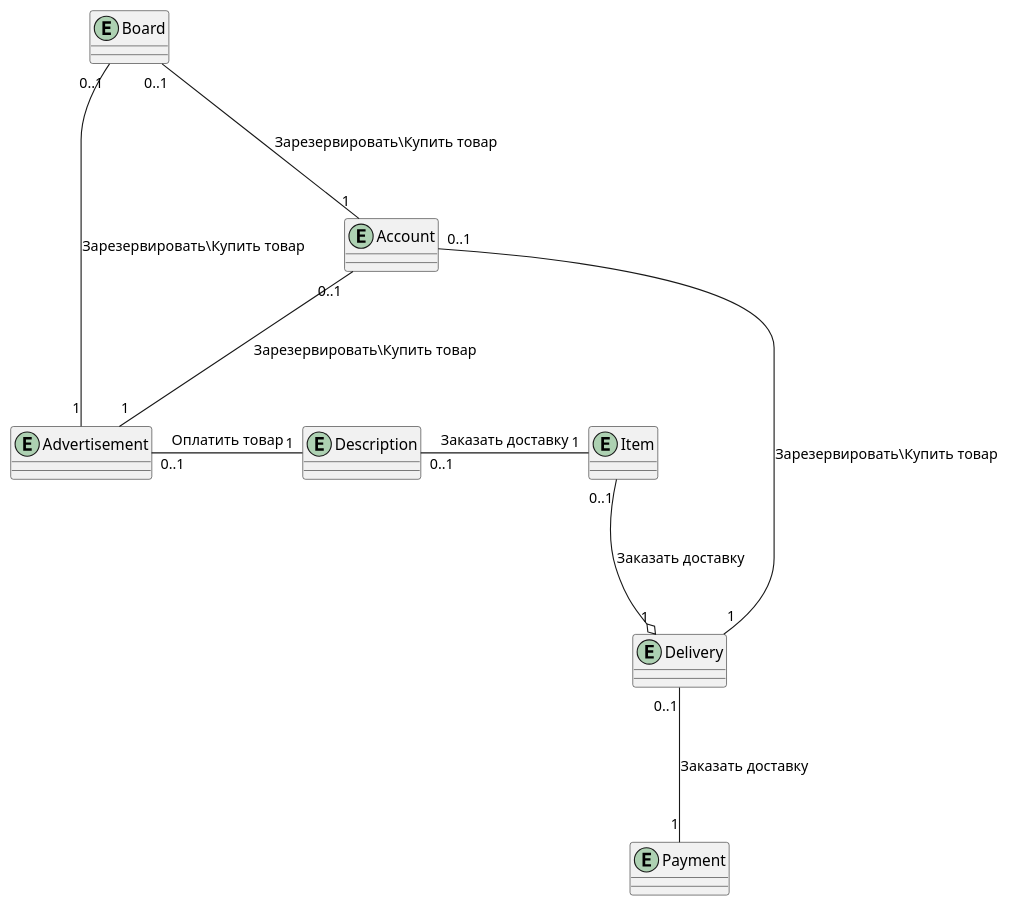
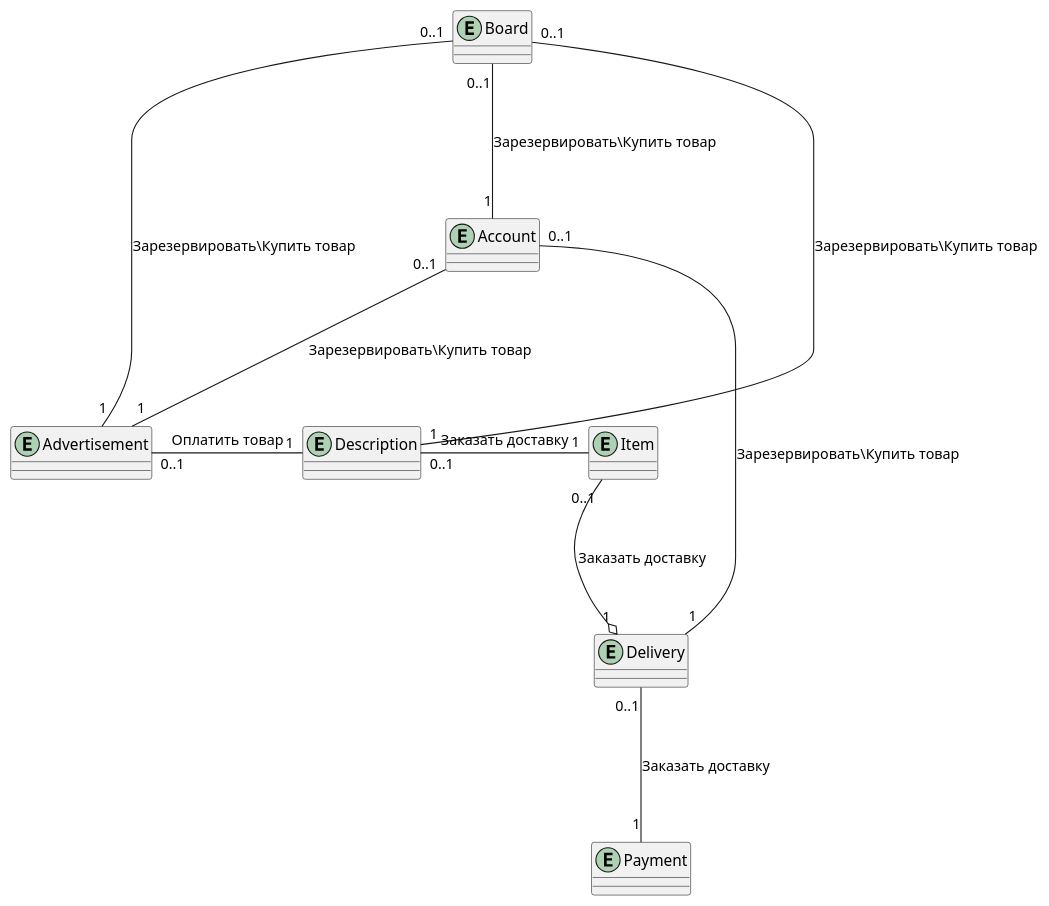
The diagram in Модель предметной области.md (penamarth/bsbo-01-22_team1_var13), drawn with PlantUML before and after one commit.

Commit message:
Update Модель предметной области.md

````diff
--- a/Модель предметной области.md
+++ b/Модель предметной области.md
@@ -1,57 +1,58 @@
 ```plantuml
 @startuml
 
 entity Board
 {
 
 }
 
 entity Account
 {
   
 }
 
 entity Advertisement
 {
     
     
 }
 
 entity Payment
 {
     
 }
 
 entity Delivery
 {
     
 }
 
 entity Item
 {
     
 }
 
 entity Description
 {
     
 }
 
 
 Board "0..1" -down-- "1" Account : Зарезервировать\Купить товар
+Board "0..1" -down-- "1" Description : Зарезервировать\Купить товар
 Board "0..1" -down-- "1" Advertisement : Зарезервировать\Купить товар
 Account "0..1" -down-- "1" Advertisement : Зарезервировать\Купить товар
 Account "0..1" -down-- "1" Delivery : Зарезервировать\Купить товар
 
 Advertisement "0..1" -right-- "1" Description : Оплатить товар
 Description "0..1" -right-- "1" Item : Заказать доставку
 
 Item "0..1" -down--o "1" Delivery : Заказать доставку
 
 Delivery "0..1" -down-- "1" Payment : Заказать доставку
 
 
 
 
 @enduml
 ```
````
